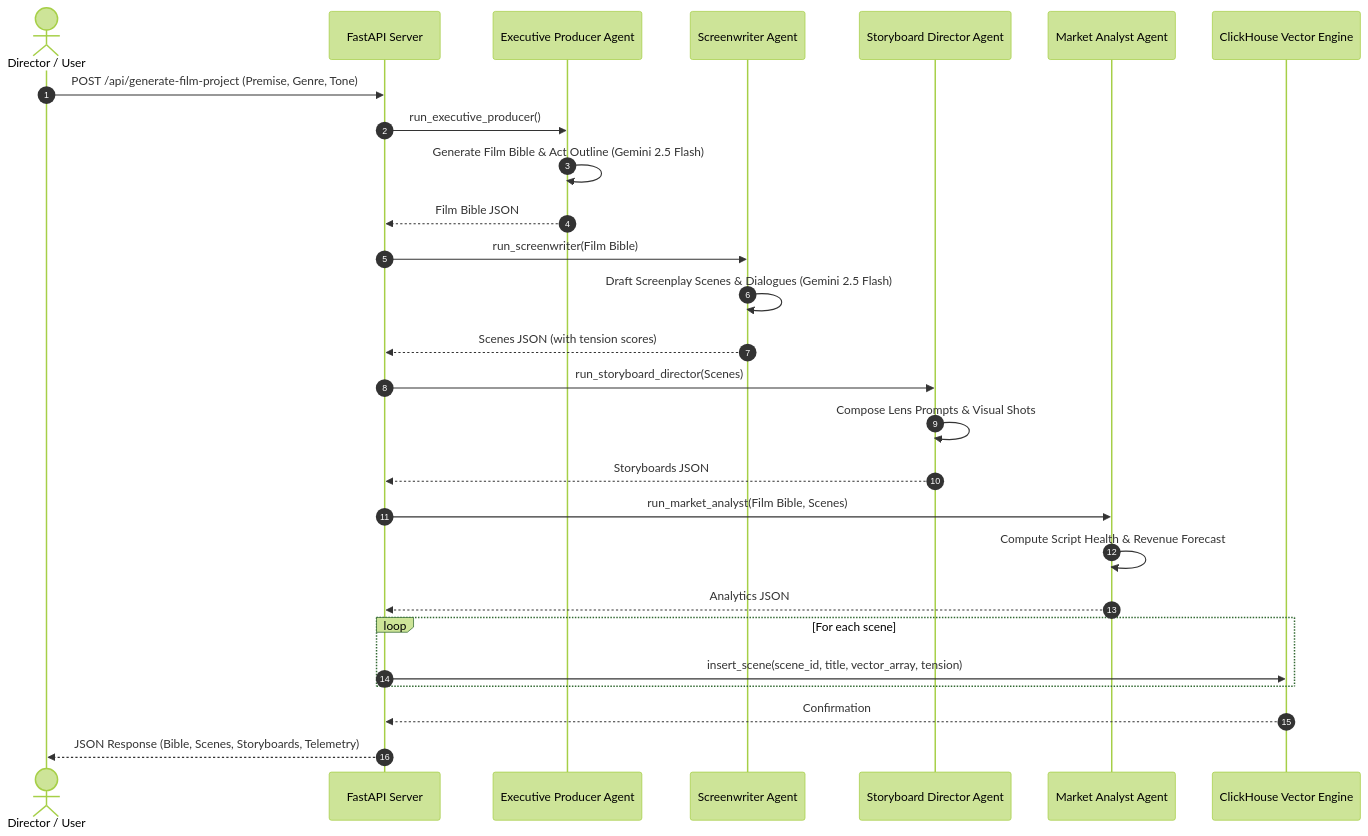
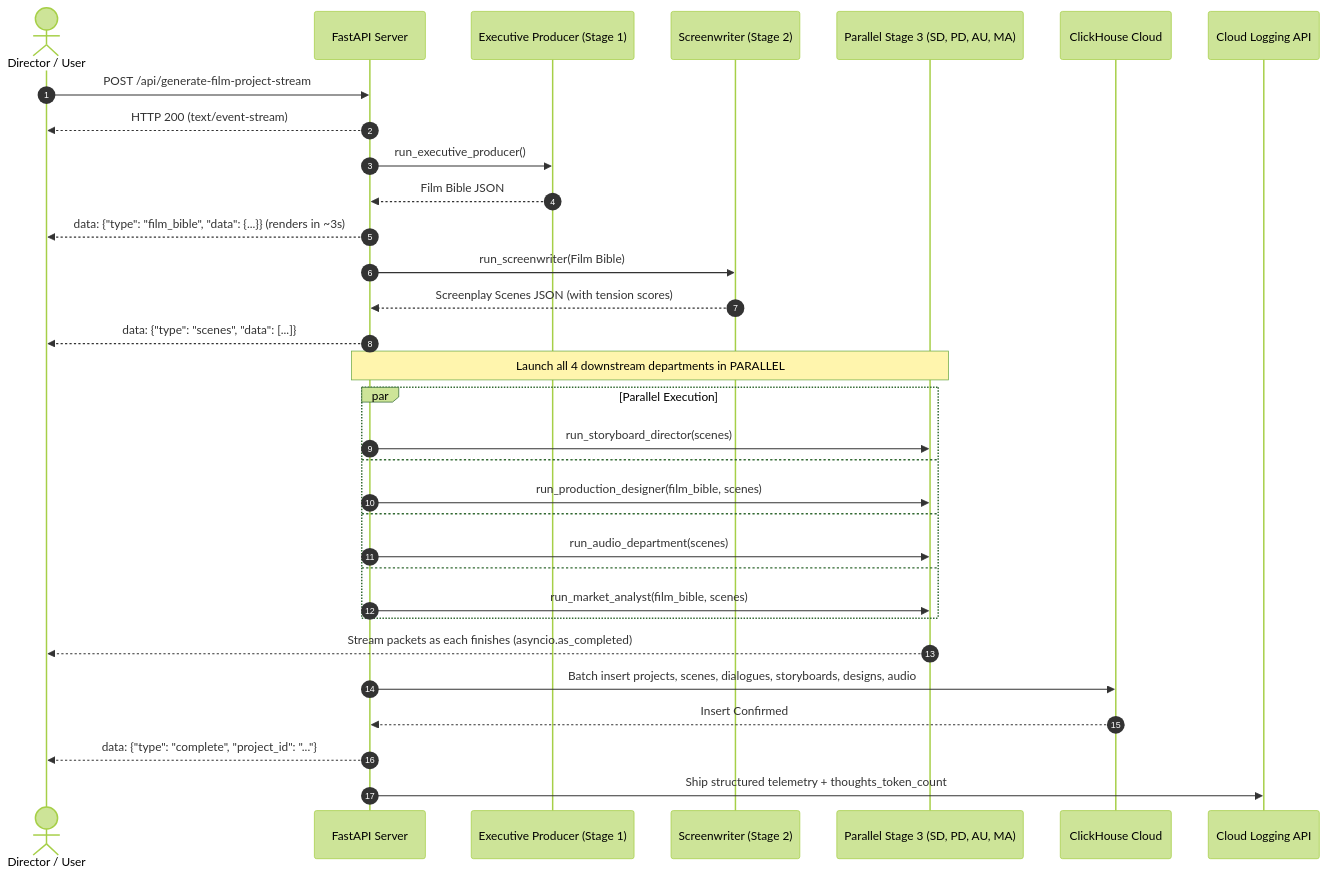
The second of 2 diagrams in Documents/02_SYSTEM_ARCHITECTURE.md (dwinsi/Agentic-Cinema), drawn with Mermaid (forest theme) before and after one commit. The commit also changed other lines of this file and 7 other files, not shown here.

Commit message:
refactor: streamline Google Cloud deployment runbook to use source-based builds and simplify logging analytics documentation.

````diff
--- a/Documents/02_SYSTEM_ARCHITECTURE.md
+++ b/Documents/02_SYSTEM_ARCHITECTURE.md
@@ -94,35 +80,40 @@
 ```mermaid
 sequenceDiagram
     autonumber
     actor User as Director / User
     participant App as FastAPI Server
-    participant EP as Executive Producer Agent
-    participant SW as Screenwriter Agent
-    participant SD as Storyboard Director Agent
-    participant MA as Market Analyst Agent
-    participant CH as ClickHouse Vector Engine
+    participant EP as Executive Producer (Stage 1)
+    participant SW as Screenwriter (Stage 2)
+    participant P as Parallel Stage 3 (SD, PD, AU, MA)
+    participant CH as ClickHouse Cloud
+    participant GCP as Cloud Logging API
 
-    User->>App: POST /api/generate-film-project (Premise, Genre, Tone)
+    User->>App: POST /api/generate-film-project-stream
+    App-->>User: HTTP 200 (text/event-stream)
+    
     App->>EP: run_executive_producer()
-    EP->>EP: Generate Film Bible & Act Outline (Gemini 2.5 Flash)
     EP-->>App: Film Bible JSON
-    
+    App-->>User: data: {"type": "film_bible", "data": {...}} (renders in ~3s)
+
     App->>SW: run_screenwriter(Film Bible)
-    SW->>SW: Draft Screenplay Scenes & Dialogues (Gemini 2.5 Flash)
-    SW-->>App: Scenes JSON (with tension scores)
+    SW-->>App: Screenplay Scenes JSON (with tension scores)
+    App-->>User: data: {"type": "scenes", "data": [...]}
 
-    App->>SD: run_storyboard_director(Scenes)
-    SD->>SD: Compose Lens Prompts & Visual Shots
-    SD-->>App: Storyboards JSON
+    Note over App,P: Launch all 4 downstream departments in PARALLEL
+    par Parallel Execution
+        App->>P: run_storyboard_director(scenes)
+    and
+        App->>P: run_production_designer(film_bible, scenes)
+    and
+        App->>P: run_audio_department(scenes)
+    and
+        App->>P: run_market_analyst(film_bible, scenes)
+    end
 
-    App->>MA: run_market_analyst(Film Bible, Scenes)
-    MA->>MA: Compute Script Health & Revenue Forecast
-    MA-->>App: Analytics JSON
+    P-->>User: Stream packets as each finishes (asyncio.as_completed)
 
-    loop For each scene
-        App->>CH: insert_scene(scene_id, title, vector_array, tension)
-    end
-    CH-->>App: Confirmation
-
-    App-->>User: JSON Response (Bible, Scenes, Storyboards, Telemetry)
+    App->>CH: Batch insert projects, scenes, dialogues, storyboards, designs, audio
+    CH-->>App: Insert Confirmed
+    App-->>User: data: {"type": "complete", "project_id": "..."}
+    App->>GCP: Ship structured telemetry + thoughts_token_count
 ```
````
